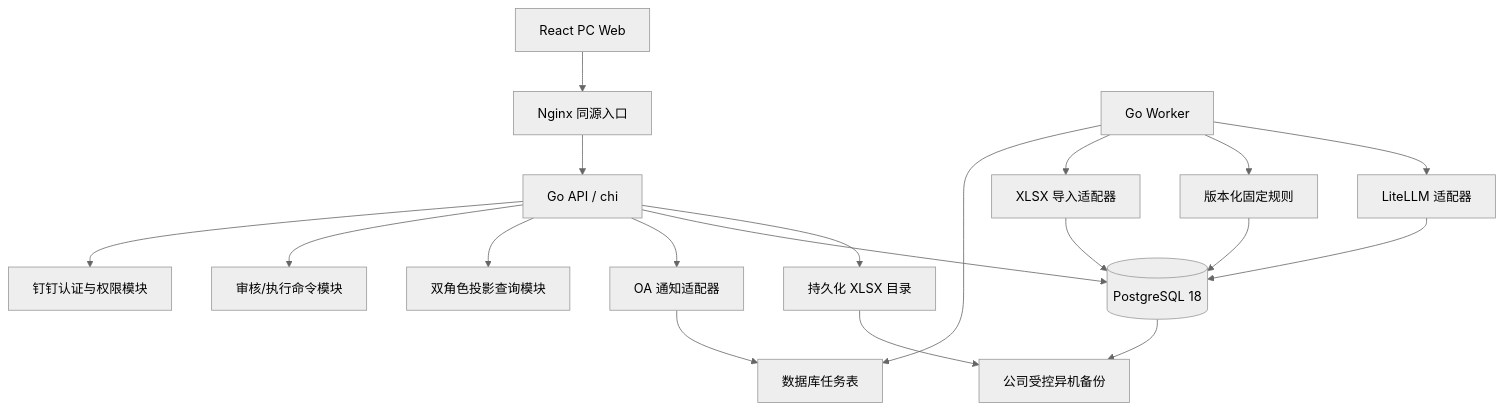
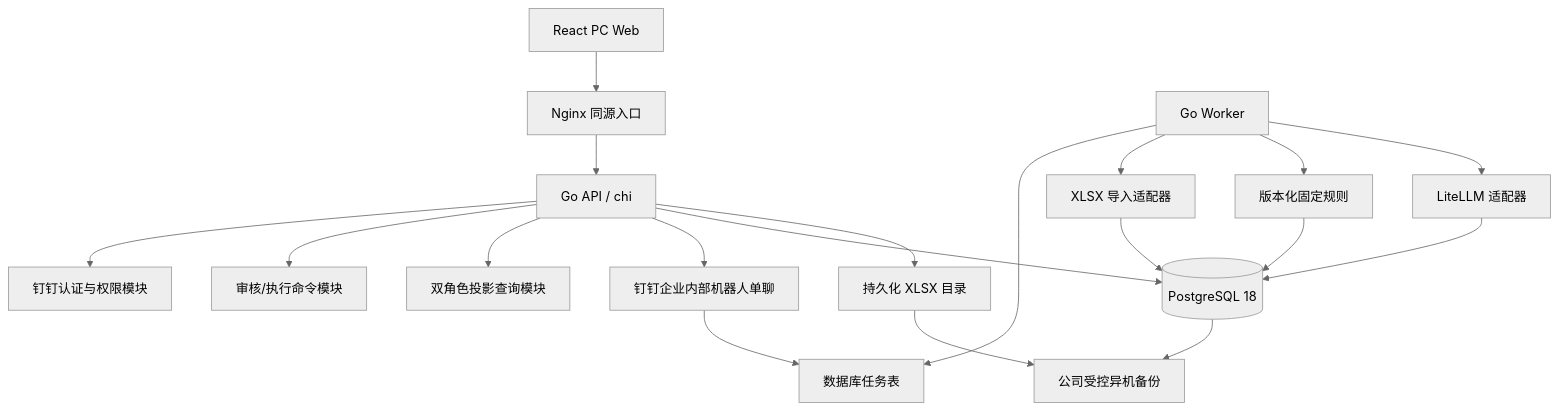
Before and after one commit to johnsonsmilequran/profit-decision-engine: the first of 2 diagrams in 趣然AI商品经营利润决策助手/output/技术方案.md, drawn with Mermaid (neutral theme). The commit also changed other lines of this file and 39 other files, not shown here.

````diff
--- a/趣然AI商品经营利润决策助手/output/技术方案.md
+++ b/趣然AI商品经营利润决策助手/output/技术方案.md
@@ -86,21 +86,21 @@
 ```mermaid
 flowchart TB
     WEB["React PC Web"] --> NGINX["Nginx 同源入口"]
     NGINX --> API["Go API / chi"]
     API --> AUTH["钉钉认证与权限模块"]
     API --> CMD["审核/执行命令模块"]
     API --> QUERY["双角色投影查询模块"]
-    API --> OA["OA 通知适配器"]
+    API --> OA["钉钉企业内部机器人单聊"]
     API --> DB[("PostgreSQL 18")]
     API --> FILE["持久化 XLSX 目录"]
     WORKER["Go Worker"] --> JOB["数据库任务表"]
     WORKER --> IMPORT["XLSX 导入适配器"]
     WORKER --> RULE["版本化固定规则"]
     WORKER --> LLM["LiteLLM 适配器"]
     IMPORT --> DB
     RULE --> DB
     LLM --> DB
     OA --> JOB
     DB --> BACKUP["公司受控异机备份"]
     FILE --> BACKUP
 ```
````
